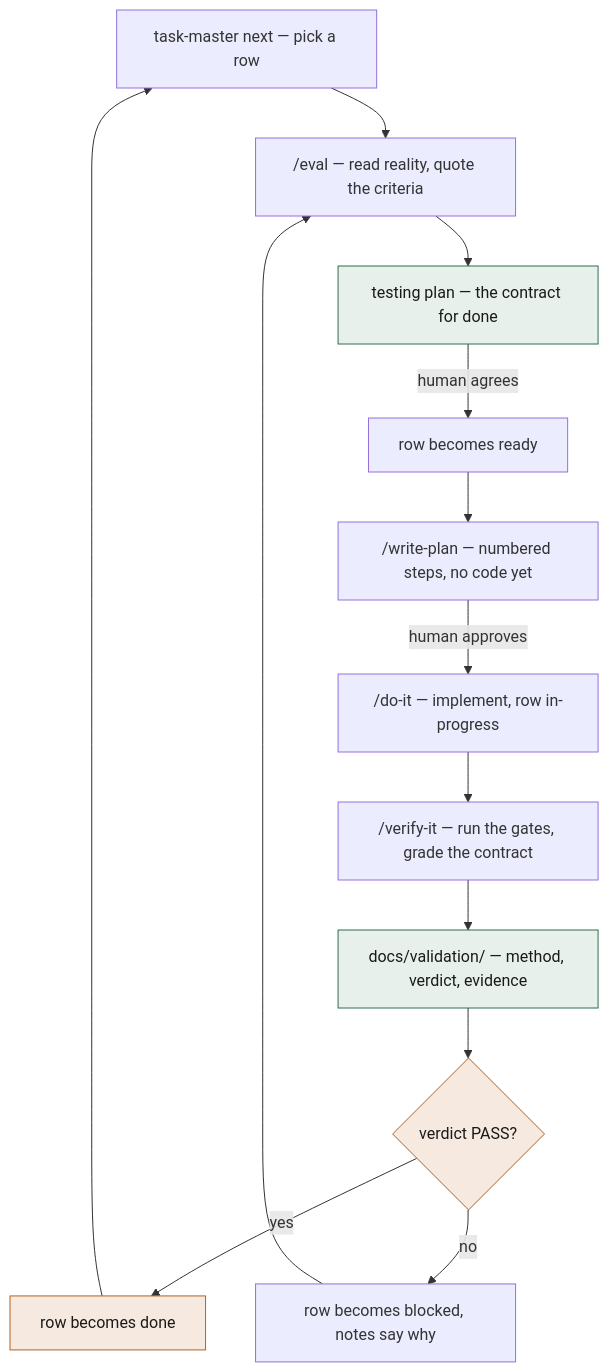
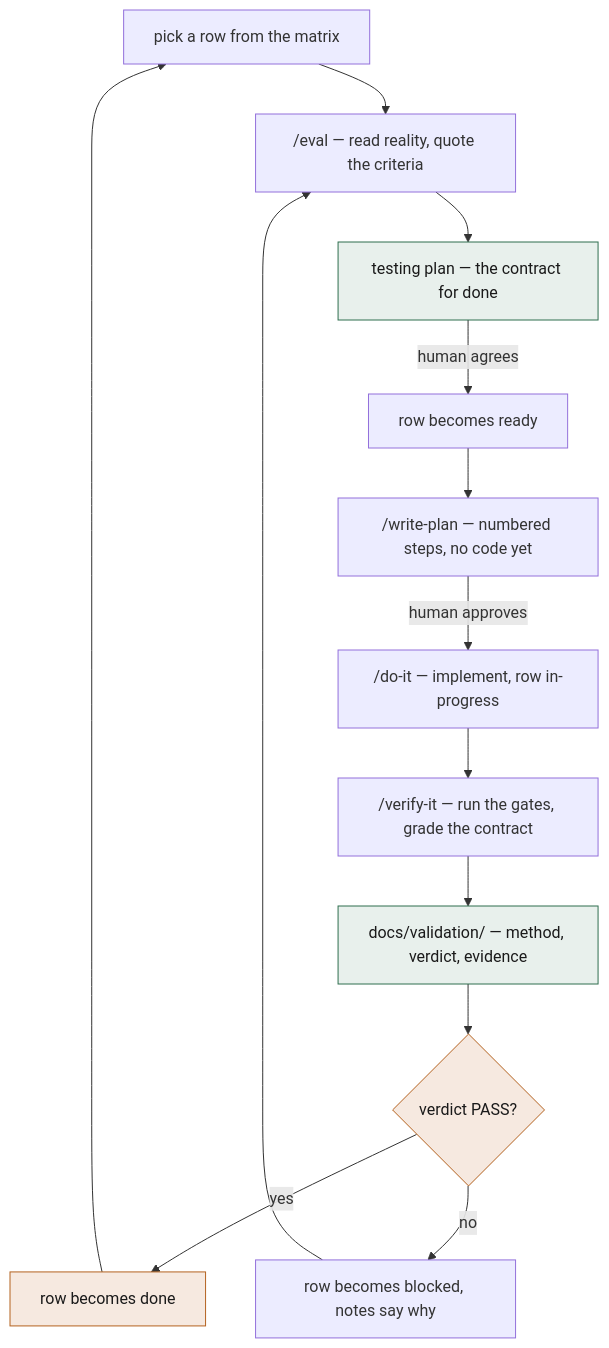
One commit to josepalala-dev/ai-tool-docs changed the diagram in index.md. Above: the diagram before and after it, drawn with Mermaid. The commit also changed other lines of this file and 7 other files, not shown here.

```diff
--- a/index.md
+++ b/index.md
@@ -30,20 +38,20 @@
 <pre class="mermaid">
 flowchart TD
-    A["task-master next — pick a row"] --> B["/eval — read reality, quote the criteria"]
+    A["pick a row from the matrix"] --> B["/eval — read reality, quote the criteria"]
     B --> C["testing plan — the contract for done"]
     C -->|human agrees| D["row becomes ready"]
     D --> E["/write-plan — numbered steps, no code yet"]
     E -->|human approves| F["/do-it — implement, row in-progress"]
     F --> G["/verify-it — run the gates, grade the contract"]
     G --> H["docs/validation/ — method, verdict, evidence"]
     H --> I{"verdict PASS?"}
     I -->|yes| J["row becomes done"]
     I -->|no| K["row becomes blocked, notes say why"]
     K --> B
     J --> A
 
     classDef doc fill:#e8f0ec,stroke:#2f6f4f,color:#1a1a1a
     classDef gate fill:#f6e9e0,stroke:#b4621f,color:#1a1a1a
     class C,H doc
     class I,J gate
 </pre>
```
